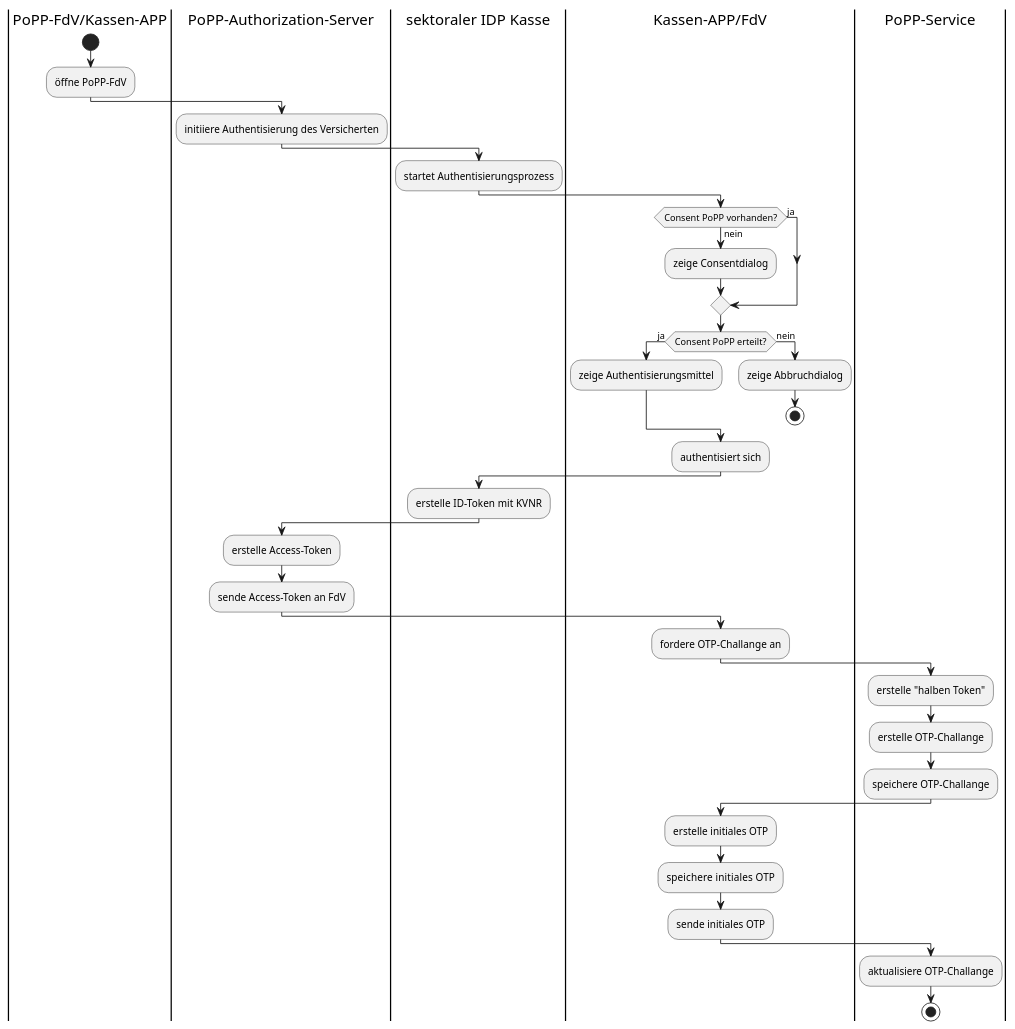
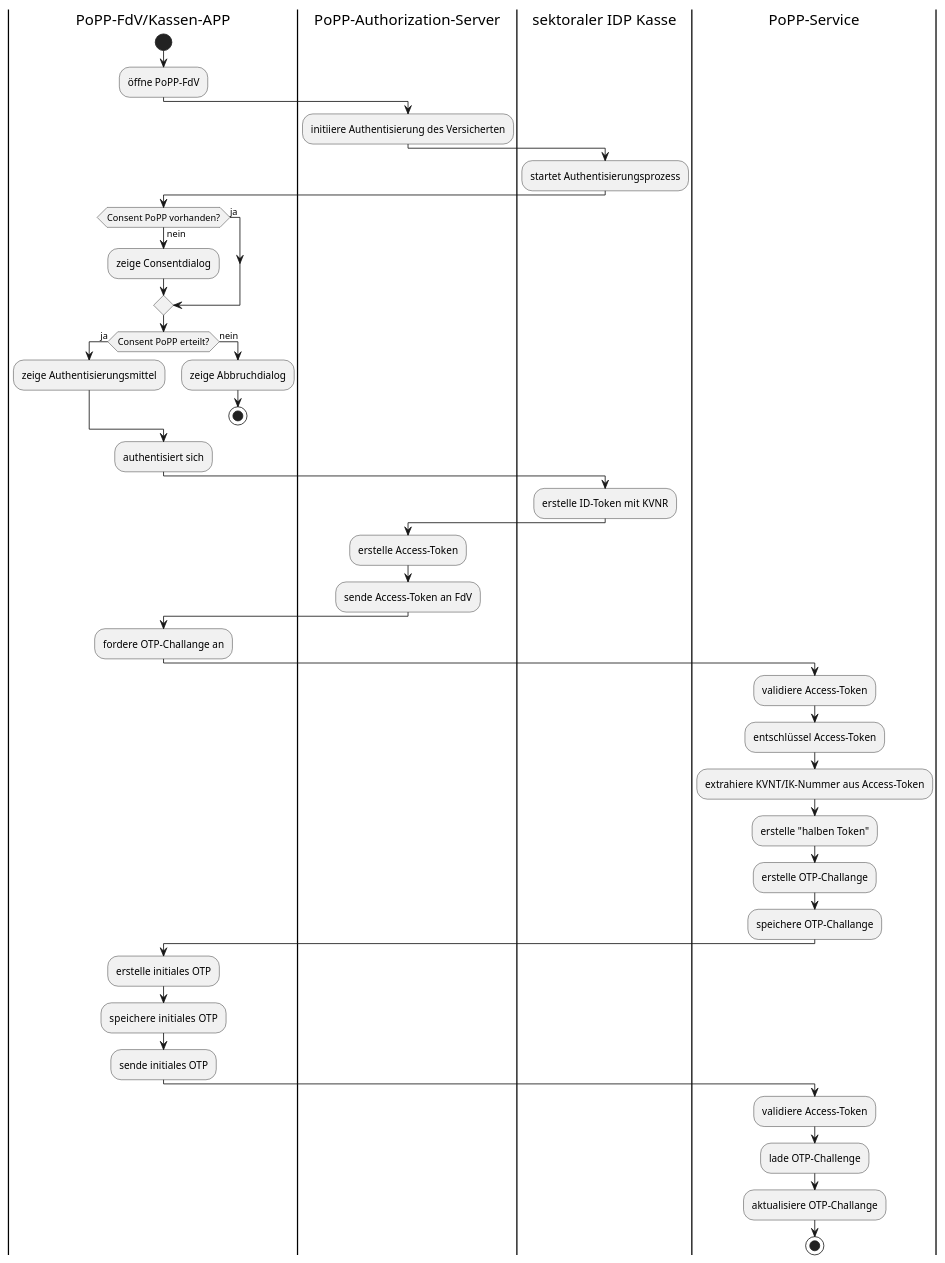
Before and after one commit to gematik/api-popp: the diagram in src/plantuml/AD_PoPP_Authentisierung_gID.puml, drawn with PlantUML. The commit also changed 6 other files, not shown here.

```diff
--- a/src/plantuml/AD_PoPP_Authentisierung_gID.puml
+++ b/src/plantuml/AD_PoPP_Authentisierung_gID.puml
@@ -1,44 +1,54 @@
-@startuml
+@startuml "Authentisierung mit GesundheitsID"
 |PoPP-FdV/Kassen-APP|
 start
 :öffne PoPP-FdV;
 |PoPP-Authorization-Server|
 :initiiere Authentisierung des Versicherten;
+
 |sektoraler IDP Kasse|
 :startet Authentisierungsprozess;
-|Kassen-APP/FdV|
 
+|PoPP-FdV/Kassen-APP|
 if (Consent PoPP vorhanden?) then (ja)
   
 else (nein)
   :zeige Consentdialog;
 endif
 
 if (Consent PoPP erteilt?) then (ja)
   :zeige Authentisierungsmittel;
 else (nein)
   :zeige Abbruchdialog;
   stop
 endif
+:authentisiert sich;
 
-:authentisiert sich;
 |sektoraler IDP Kasse|
 :erstelle ID-Token mit KVNR;
+
 |PoPP-Authorization-Server|
 :erstelle Access-Token;
 :sende Access-Token an FdV;
-|Kassen-APP/FdV|
+
+|PoPP-FdV/Kassen-APP|
 :fordere OTP-Challange an;
+
 |PoPP-Service|
+:validiere Access-Token;
+:entschlüssel Access-Token;
+:extrahiere KVNT/IK-Nummer aus Access-Token;
 :erstelle "halben Token";
 :erstelle OTP-Challange;
 :speichere OTP-Challange;
 
-|Kassen-APP/FdV|
+|PoPP-FdV/Kassen-APP|
 :erstelle initiales OTP;
 :speichere  initiales OTP;
 :sende initiales OTP;
+
 |PoPP-Service|
+:validiere Access-Token;
+:lade OTP-Challenge;
 :aktualisiere OTP-Challange;
 stop
 @enduml
```
